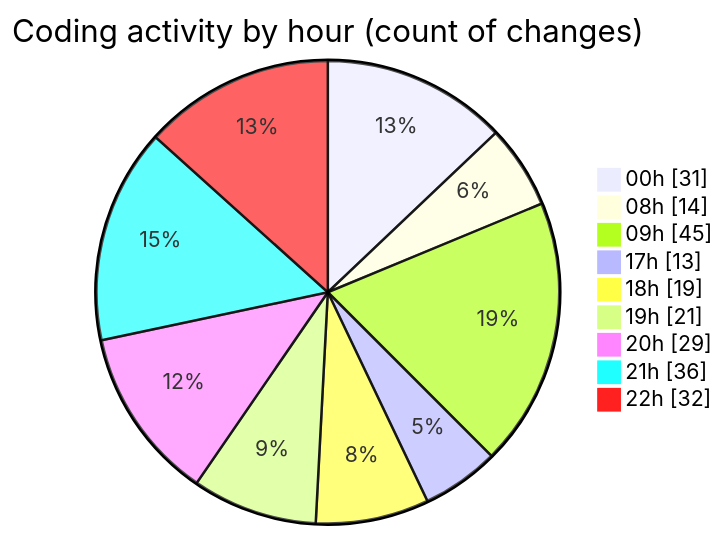
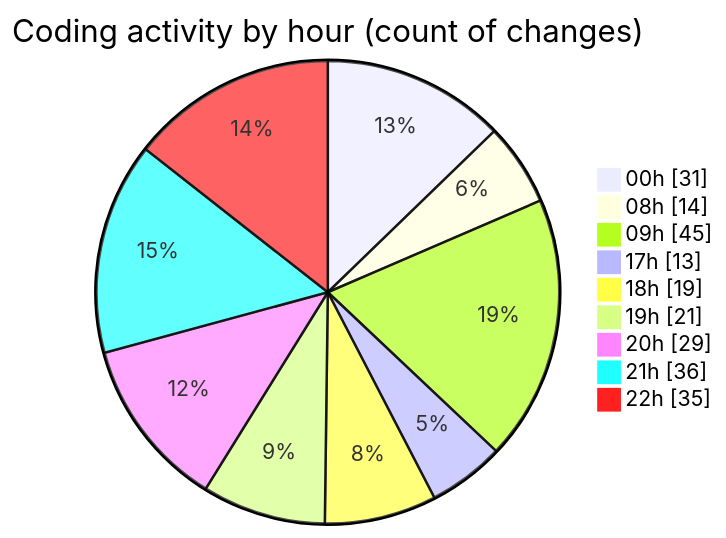
Before and after one commit to lephambinh05/code-tracking: the second of 2 diagrams in 2025-08-03/studybuddy/README.md, drawn with Mermaid. The commit also changed other lines of this file and 1 other file, not shown here.

````diff
--- a/2025-08-03/studybuddy/README.md
+++ b/2025-08-03/studybuddy/README.md
@@ -103,13 +103,13 @@
 ```mermaid
 pie showData
 title Coding activity by hour (count of changes)
 "00h" : 31
 "08h" : 14
 "09h" : 45
 "17h" : 13
 "18h" : 19
 "19h" : 21
 "20h" : 29
 "21h" : 36
-"22h" : 32
+"22h" : 35
 ```
````
